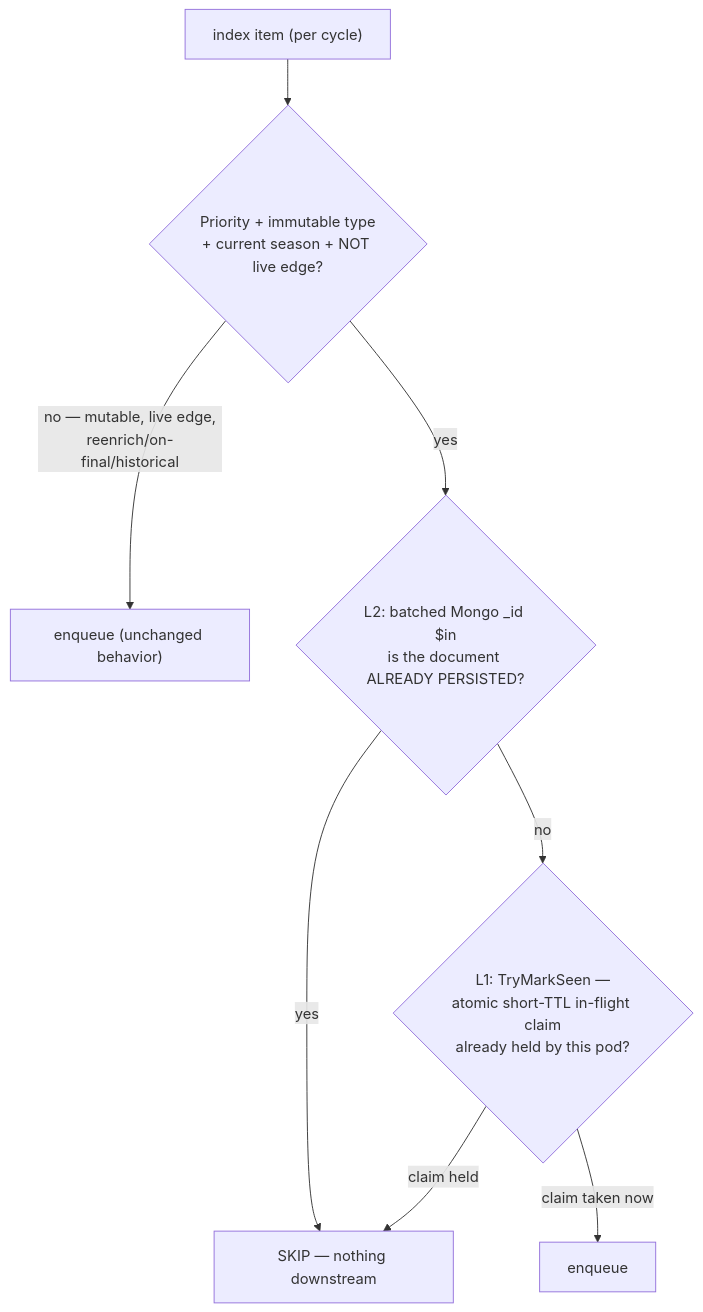
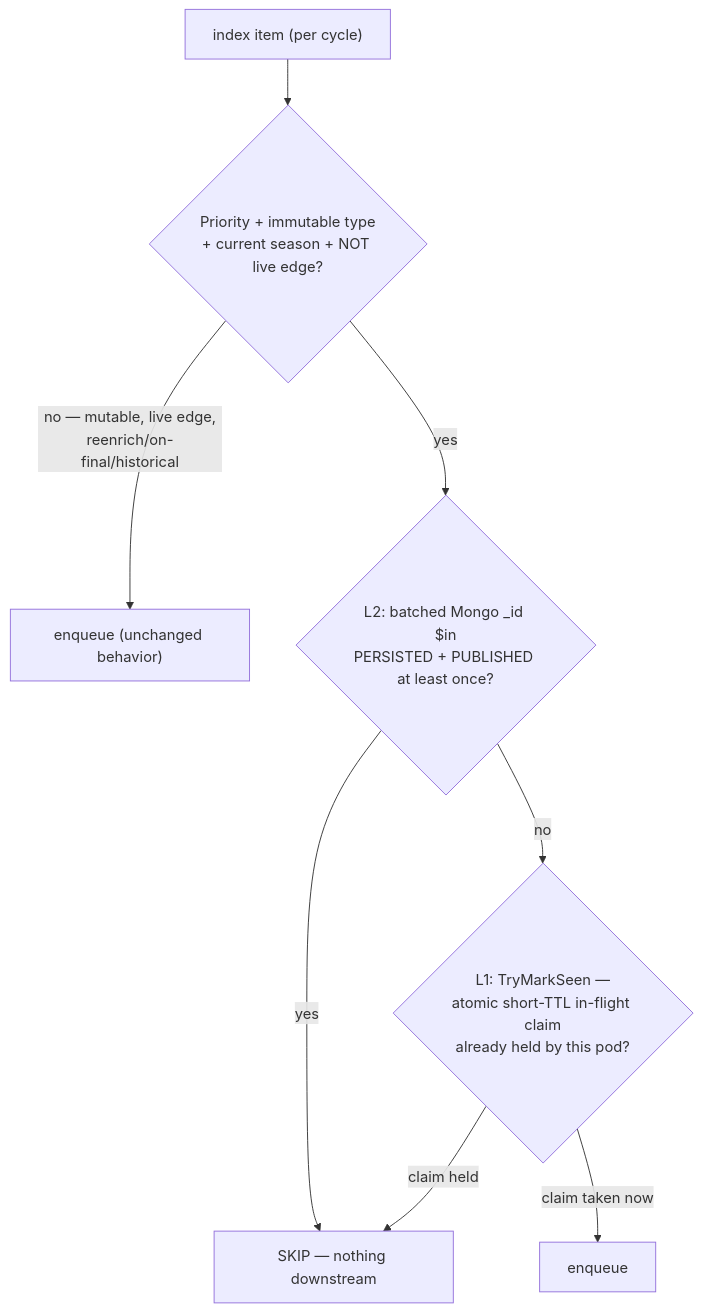
Before and after one commit to jrandallsexton/sports-data-core: the second of 2 diagrams in docs/features/live-sourcing-already-seen-skip.md, drawn with Mermaid. The commit also changed other lines of this file and 4 other files, not shown here.

First line of the commit message:
fix(pr-733): Vortex round 2 - L2 keys on persisted AND published, not persistence alone

````diff
--- a/docs/features/live-sourcing-already-seen-skip.md
+++ b/docs/features/live-sourcing-already-seen-skip.md
@@ -99,10 +99,10 @@
 ```mermaid
 flowchart TD
     ITEM["index item (per cycle)"] --> G{"Priority + immutable type<br/>+ current season + NOT live edge?"}
     G -->|"no — mutable, live edge,<br/>reenrich/on-final/historical"| ENQ["enqueue (unchanged behavior)"]
-    G -->|yes| L2{"L2: batched Mongo _id $in<br/>is the document ALREADY PERSISTED?"}
+    G -->|yes| L2{"L2: batched Mongo _id $in<br/>PERSISTED + PUBLISHED at least once?"}
     L2 -->|yes| SKIP["SKIP — nothing downstream"]
     L2 -->|no| L1{"L1: TryMarkSeen —<br/>atomic short-TTL in-flight claim<br/>already held by this pod?"}
     L1 -->|"claim held"| SKIP
     L1 -->|"claim taken now"| ENQ2["enqueue"]
 ```
````
